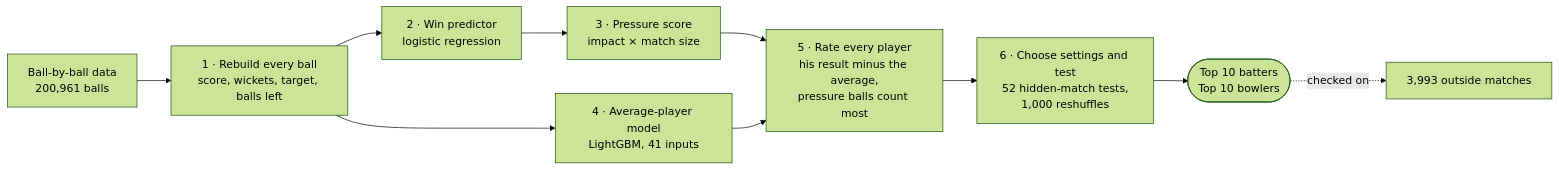
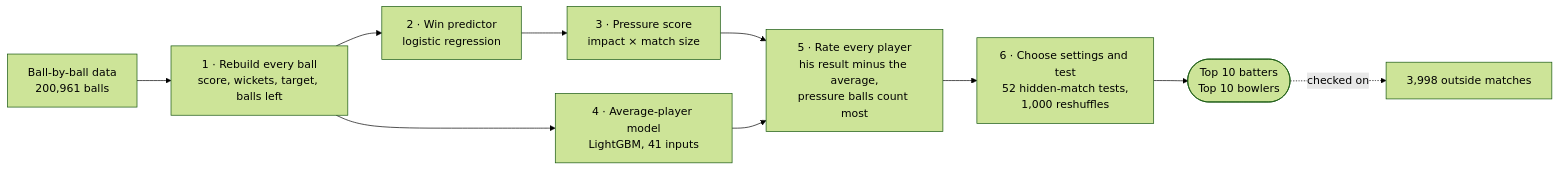
The diagram in README.md (roybishal362/RRSuper-Selector---Season-2-Round-1), drawn with Mermaid (forest theme) before and after one commit. The commit also changed other lines of this file and 39 other files, not shown here.

````diff
--- a/README.md
+++ b/README.md
@@ -135,12 +165,12 @@
 ```mermaid
 flowchart LR
     A["Ball-by-ball data<br/>200,961 balls"] --> B["1 · Rebuild every ball<br/>score, wickets, target, balls left"]
     B --> C["2 · Win predictor<br/>logistic regression"]
     B --> E["4 · Average-player model<br/>LightGBM, 41 inputs"]
     C --> D["3 · Pressure score<br/>impact × match size"]
     D --> F["5 · Rate every player<br/>his result minus the average,<br/>pressure balls count most"]
     E --> F
     F --> G["6 · Choose settings and test<br/>52 hidden-match tests,<br/>1,000 reshuffles"]
     G --> H(["Top 10 batters<br/>Top 10 bowlers"])
-    H -. checked on .-> X["3,993 outside matches"]
+    H -. checked on .-> X["3,998 outside matches"]
 ```
````
